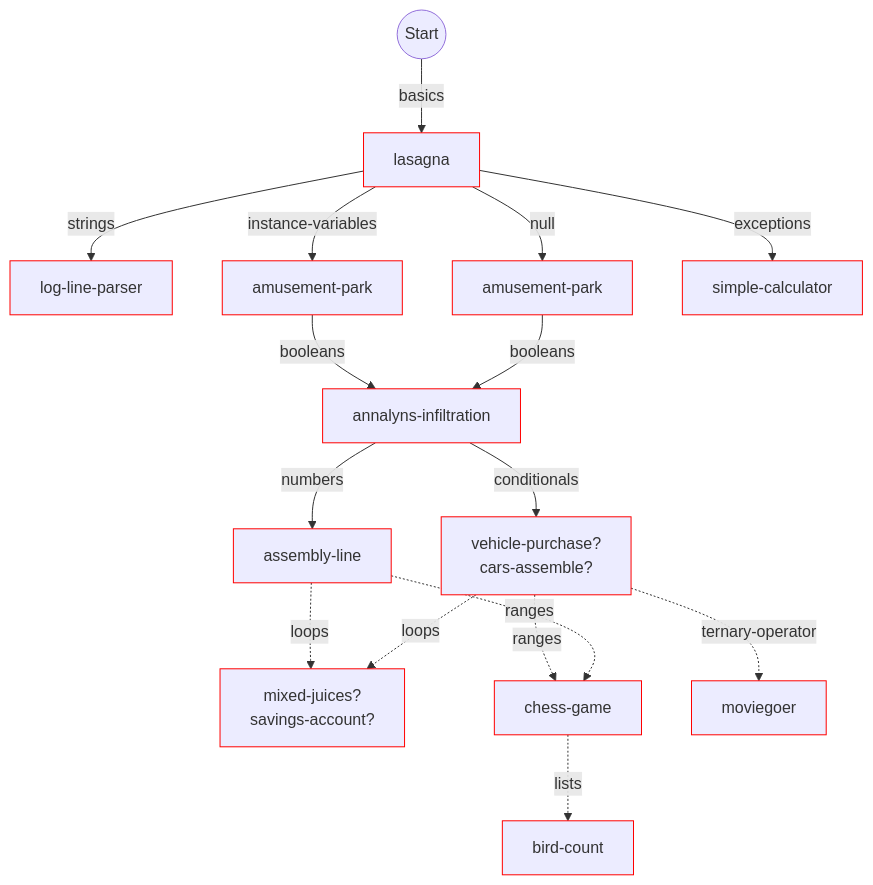
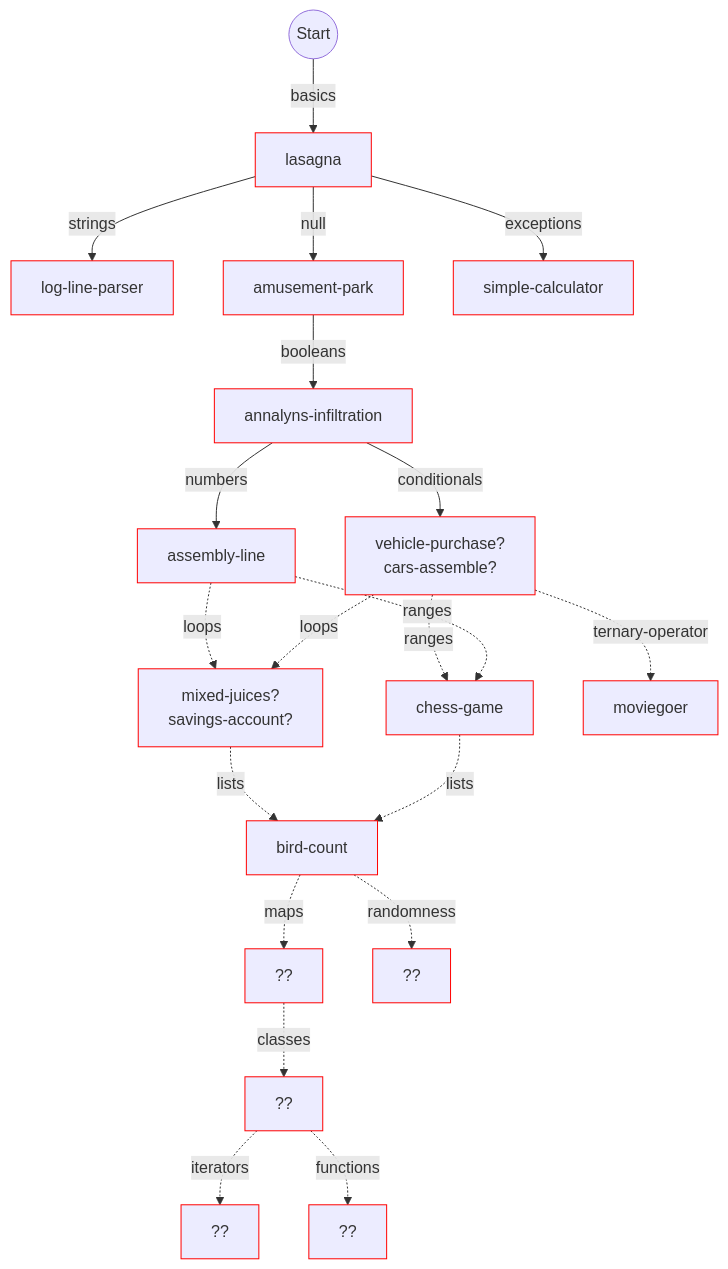
One commit to colinleach/wren_concepts changed the diagram in flowchart.md. Above: the diagram before and after it, drawn with Mermaid.

Commit message:
flowchart

````diff
--- a/flowchart.md
+++ b/flowchart.md
@@ -13,51 +13,63 @@
 ```mermaid
 graph TD
     
 start(("Start")) --basics--> basics["lasagna"]
 style basics stroke:#f00
 
 basics --strings--> strings["log-line-parser"]
 style strings stroke:#f00
 
-basics --instance-variables--> instance-variables["amusement-park"]
-style instance-variables stroke:#f00
-
 basics --null--> null["amusement-park"]
 style null stroke:#f00
 
 basics --exceptions--> exceptions["simple-calculator"]
 style exceptions stroke:#f00
-
-instance-variables --booleans--> booleans["annalyns-infiltration"]
-style booleans stroke:#f00
 
 null --booleans--> booleans["annalyns-infiltration"]
 style booleans stroke:#f00
 
 booleans --conditionals--> conditionals["vehicle-purchase?<br/>cars-assemble?"]
 style conditionals stroke:#f00
 
 booleans --numbers--> numbers["assembly-line"]
 style numbers stroke:#f00
 
 numbers -.loops.-> loops["mixed-juices?<br/>savings-account?"]
 style loops stroke:#f00
 
 conditionals -.loops.-> loops["mixed-juices?<br/>savings-account?"]
 style loops stroke:#f00
 
 conditionals -.ranges.-> ranges["chess-game"]
 style ranges stroke:#f00
 
 conditionals -.ternary-operator.-> ternary-operator["moviegoer"]
 style ternary-operator stroke:#f00
 
 numbers -.ranges.-> ranges["chess-game"]
 style ranges stroke:#f00
 
+loops -.lists.-> lists["bird-count"]
+style lists stroke:#f00
+
 ranges -.lists.-> lists["bird-count"]
 style lists stroke:#f00
+
+lists -.maps.-> maps["??"]
+style maps stroke:#f00
+
+maps -.classes.-> classes["??"]
+style classes stroke:#f00
+
+lists -.randomness.-> randomness["??"]
+style randomness stroke:#f00
+
+classes -.iterators.-> iterators["??"]
+style iterators stroke:#f00
+
+classes -.functions.-> functions["??"]
+style functions stroke:#f00
 
 
 
 ```
````
